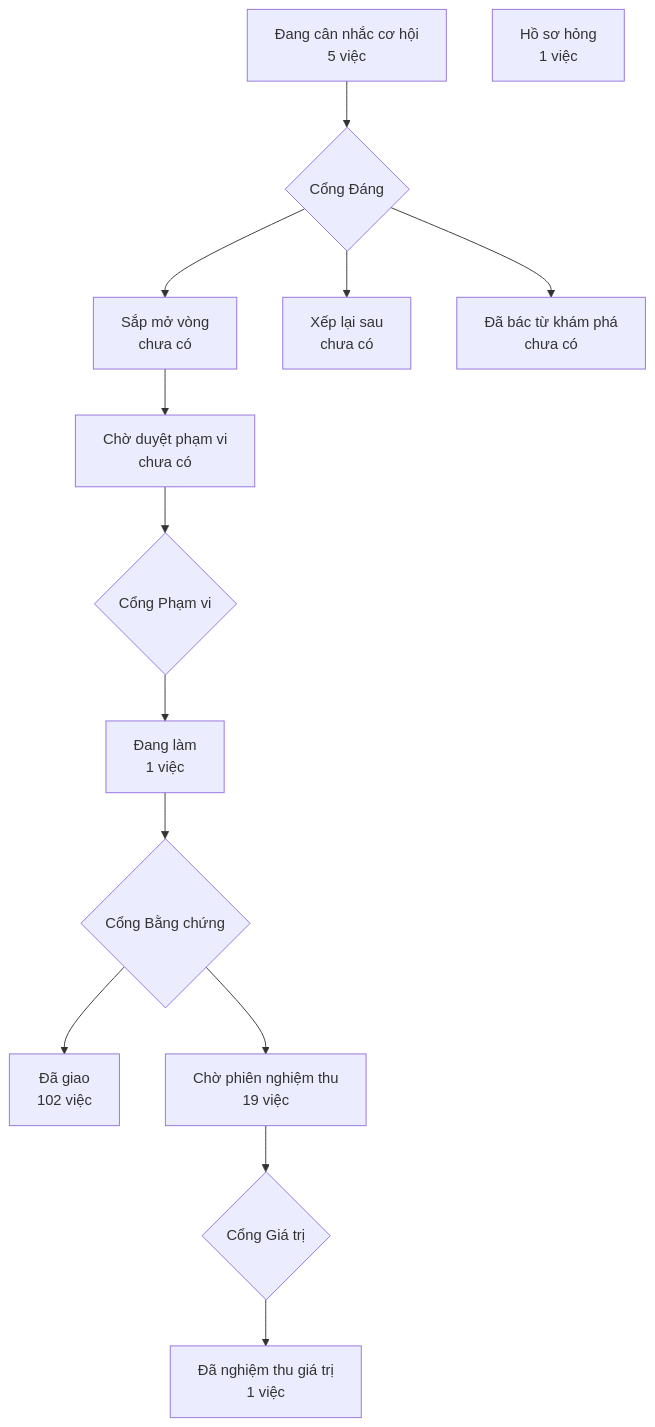
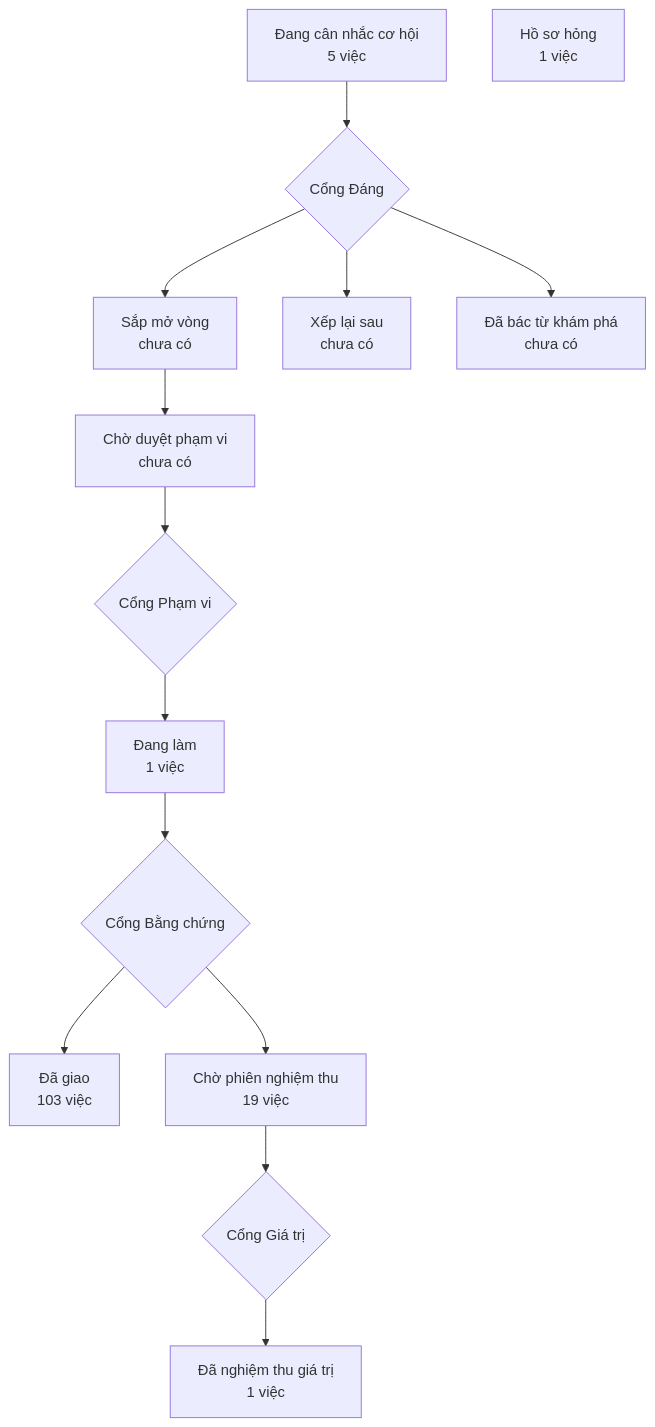
Before and after one commit to phanlemanh/crm-onehub: the diagram in PRODUCT-MAP.md, drawn with Mermaid.

Commit message:
chore: vẽ lại PRODUCT-MAP sau khi gộp onehub

````diff
--- a/PRODUCT-MAP.md
+++ b/PRODUCT-MAP.md
@@ -6,13 +6,13 @@
 ```mermaid
 flowchart TD
   A["Đang cân nhắc cơ hội<br/>5 việc"] --> GD{"Cổng Đáng"}
   GD --> B["Sắp mở vòng<br/>chưa có"]
   GD --> XL["Xếp lại sau<br/>chưa có"]
   GD --> DB["Đã bác từ khám phá<br/>chưa có"]
   B --> CD["Chờ duyệt phạm vi<br/>chưa có"] --> GP{"Cổng Phạm vi"}
   GP --> DL["Đang làm<br/>1 việc"] --> GB{"Cổng Bằng chứng"}
-  GB --> DG["Đã giao<br/>102 việc"]
+  GB --> DG["Đã giao<br/>103 việc"]
   GB --> CN["Chờ phiên nghiệm thu<br/>19 việc"] --> GG{"Cổng Giá trị"}
   GG --> NT["Đã nghiệm thu giá trị<br/>1 việc"]
   HS["Hồ sơ hỏng<br/>1 việc"]
 ```
````
